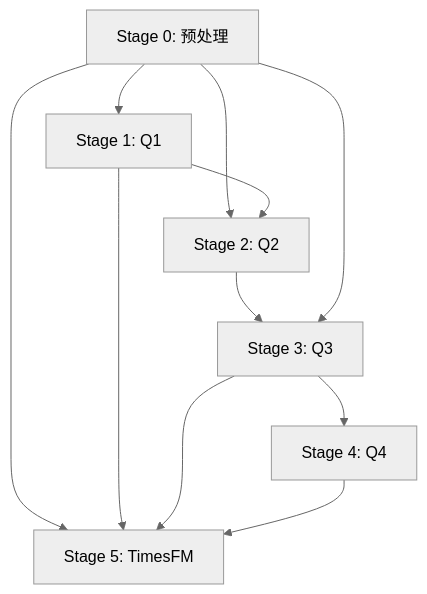
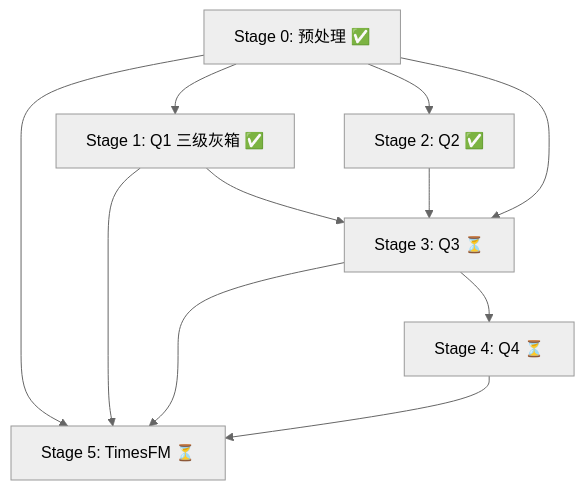
Before and after one commit to Doublewestie/2026-CUMCM-Prep-R1: the diagram in PLAN.md, drawn with Mermaid (neutral theme). The commit also changed other lines of this file and 12 other files, not shown here.

````diff
--- a/PLAN.md
+++ b/PLAN.md
@@ -99,13 +119,13 @@
 ```mermaid
 graph TD
-    S0[Stage 0: 预处理] --> S1[Stage 1: Q1]
-    S0 --> S2[Stage 2: Q2]
-    S0 --> S5[Stage 5: TimesFM]
-    S1 --> S2
-    S2 --> S3[Stage 3: Q3]
+    S0[Stage 0: 预处理 ✅] --> S1[Stage 1: Q1 三级灰箱 ✅]
+    S0 --> S2[Stage 2: Q2 ✅]
+    S0 --> S5[Stage 5: TimesFM ⏳]
+    S1 --> S3[Stage 3: Q3 ⏳]
+    S2 --> S3
     S0 --> S3
-    S3 --> S4[Stage 4: Q4]
+    S3 --> S4[Stage 4: Q4 ⏳]
     S1 --> S5
     S3 --> S5
     S4 --> S5
 ```
````
